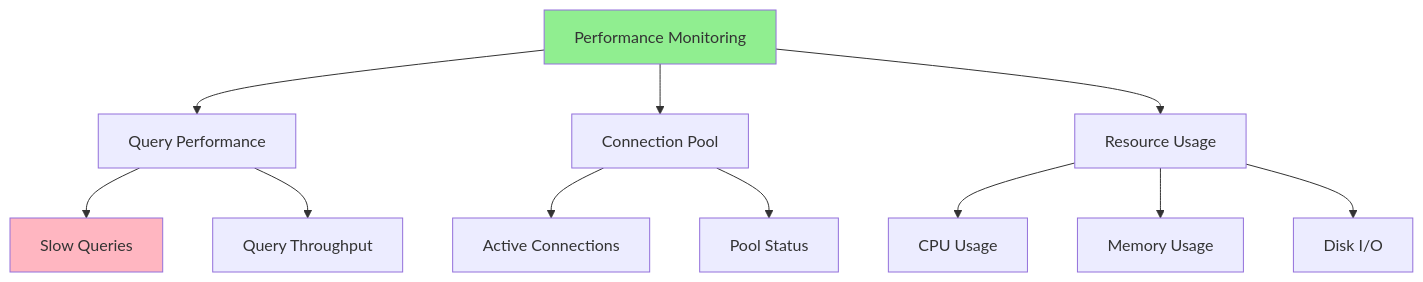
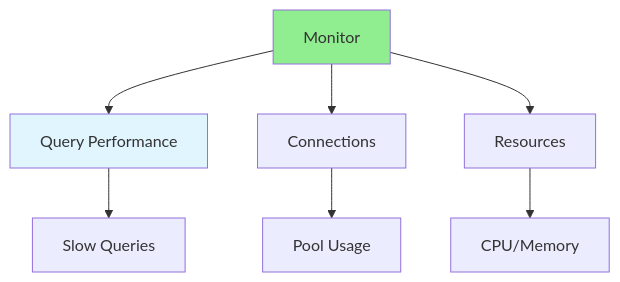
The diagram in Full-Stack-Guides/Group-06-Database-Analysis/06.15_Database_Performance_Monitoring.md (iouthnamain/tech-note), drawn with Mermaid before and after one commit. The commit also changed other lines of this file and 480 other files, not shown here.

````diff
--- a/Full-Stack-Guides/Group-06-Database-Analysis/06.15_Database_Performance_Monitoring.md
+++ b/Full-Stack-Guides/Group-06-Database-Analysis/06.15_Database_Performance_Monitoring.md
@@ -23,19 +22,13 @@
 ```mermaid
-graph TD
-    Monitor[Performance Monitoring] --> Queries[Query Performance]
-    Monitor --> Connections[Connection Pool]
-    Monitor --> Resources[Resource Usage]
+flowchart TD
+    Monitor[Monitor] --> Queries[Query Performance]
+    Monitor --> Connections[Connections]
+    Monitor --> Resources[Resources]
     
     Queries --> Slow[Slow Queries]
-    Queries --> Throughput[Query Throughput]
-    
-    Connections --> Active[Active Connections]
-    Connections --> Pool[Pool Status]
-    
-    Resources --> CPU[CPU Usage]
-    Resources --> Memory[Memory Usage]
-    Resources --> Disk[Disk I/O]
+    Connections --> Pool[Pool Usage]
+    Resources --> CPU[CPU/Memory]
     
     style Monitor fill:#90EE90
-    style Slow fill:#FFB6C1
+    style Queries fill:#e1f5ff
 ```
````
